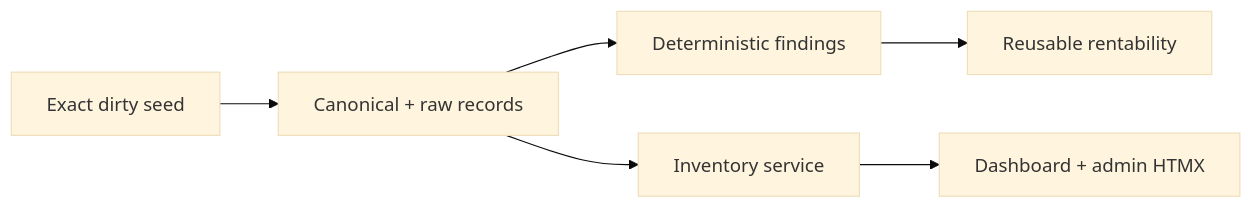
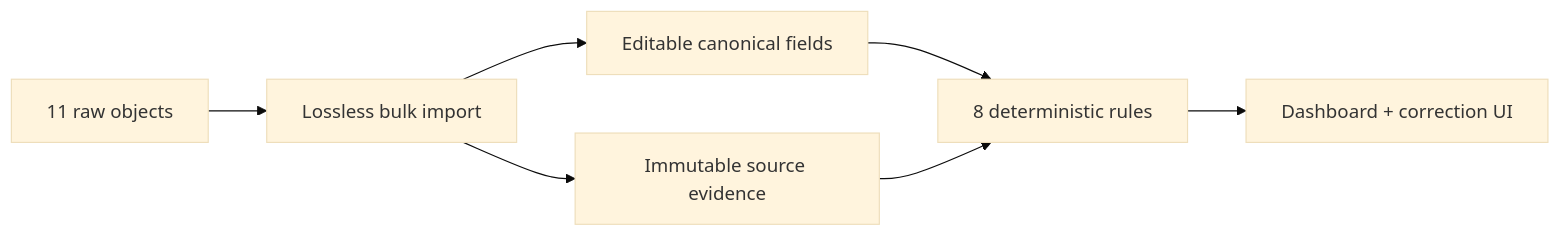
Before and after one commit to komaksym/booksy-assignment: the third of 5 diagrams in docs/superpowers/plans/2026-07-22-hardware-hub-roadmap.md, drawn with Mermaid (base theme). The commit also changed other lines of this file and 3 other files, not shown here.

First line of the commit message:
docs(roadmap): focus MVP delivery

````diff
--- a/docs/superpowers/plans/2026-07-22-hardware-hub-roadmap.md
+++ b/docs/superpowers/plans/2026-07-22-hardware-hub-roadmap.md
@@ -670,8 +424,9 @@
-  ```mermaid
-  flowchart LR
-      Seed["Exact dirty seed"] --> Canonical["Canonical + raw records"]
-      Canonical --> Rules["Deterministic findings"]
-      Rules --> Guard["Reusable rentability"]
-      Canonical --> Service["Inventory service"]
-      Service --> UI["Dashboard + admin HTMX"]
-  ```
+```mermaid
+flowchart LR
+    Fixture["11 raw objects"] --> Import["Lossless bulk import"]
+    Import --> Canonical["Editable canonical fields"]
+    Import --> Raw["Immutable source evidence"]
+    Canonical --> Rules["8 deterministic rules"]
+    Raw --> Rules
+    Rules --> AdminUI["Dashboard + correction UI"]
+```
````
